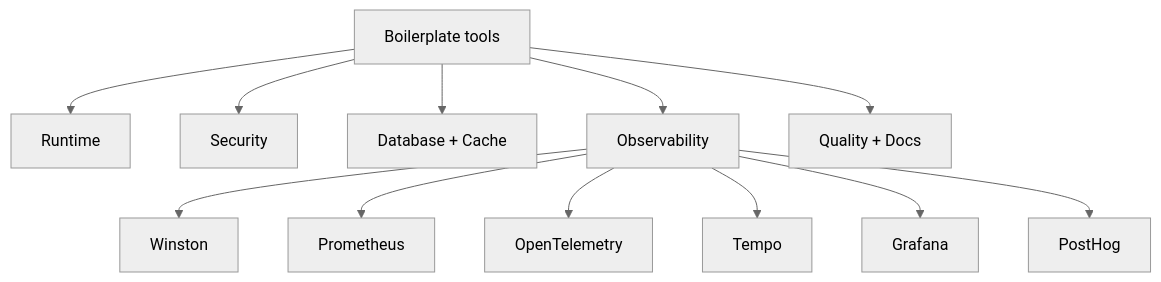
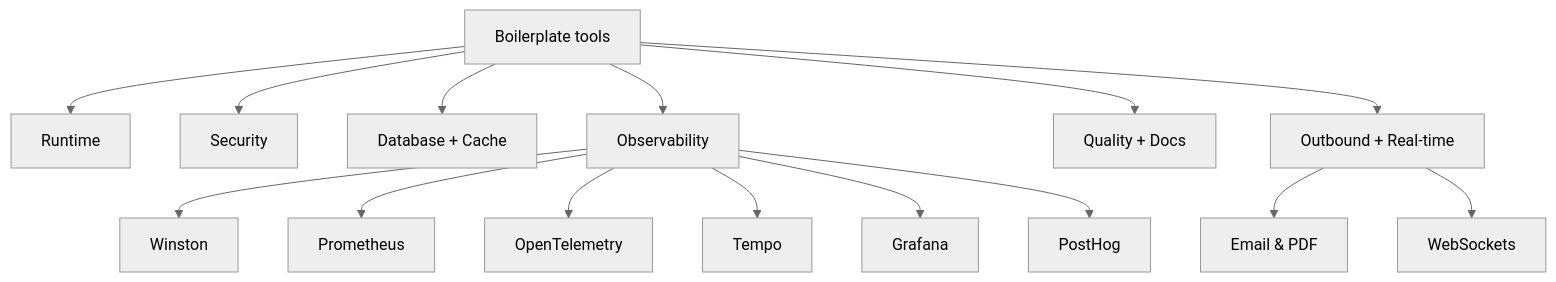
Before and after one commit to Guebbit/boilerplate-node-backend: the diagram in docs/tools/index.md, drawn with Mermaid (neutral theme). The commit also changed other lines of this file and 20 other files, not shown here.

First line of the commit message:
docs: add official-doc links to every tool page and cover clustering, websockets, email/PDF

````diff
--- a/docs/tools/index.md
+++ b/docs/tools/index.md
@@ -9,15 +9,19 @@
 ```mermaid
 flowchart TD
     A[Boilerplate tools] --> B[Runtime]
     A --> C[Security]
     A --> D[Database + Cache]
     A --> E[Observability]
     A --> F[Quality + Docs]
+    A --> G[Outbound + Real-time]
 
     E --> E1[Winston]
     E --> E2[Prometheus]
     E --> E3[OpenTelemetry]
     E --> E4[Tempo]
     E --> E5[Grafana]
     E --> E6[PostHog]
+
+    G --> G1[Email & PDF]
+    G --> G2[WebSockets]
 ```
````
